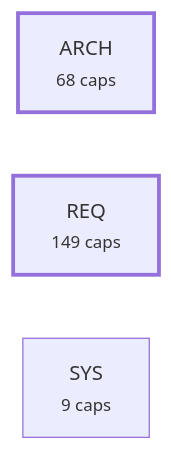
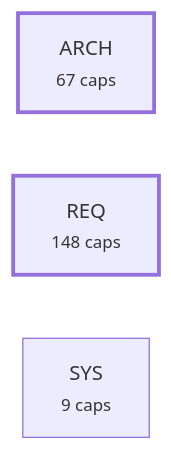
Before and after one commit to alxmax/Requirement-manager: the fourth of 5 diagrams in plugin/requirements/_map.md, drawn with Mermaid. The commit also changed other lines of this file and 11 other files, not shown here.

````diff
--- a/plugin/requirements/_map.md
+++ b/plugin/requirements/_map.md
@@ -933,8 +924,8 @@
 ```mermaid
 graph LR
-  a_ARCH["ARCH<br><small>68 caps</small>"]
-  a_REQ["REQ<br><small>149 caps</small>"]
+  a_ARCH["ARCH<br><small>67 caps</small>"]
+  a_REQ["REQ<br><small>148 caps</small>"]
   a_SYS["SYS<br><small>9 caps</small>"]
   style a_ARCH stroke-width:3px
   style a_REQ stroke-width:3px
 ```
````
